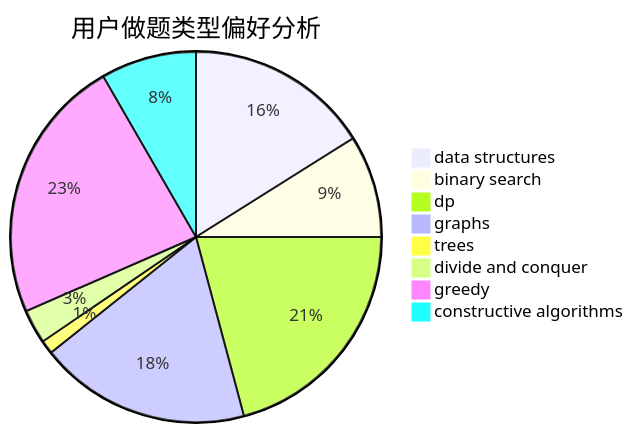
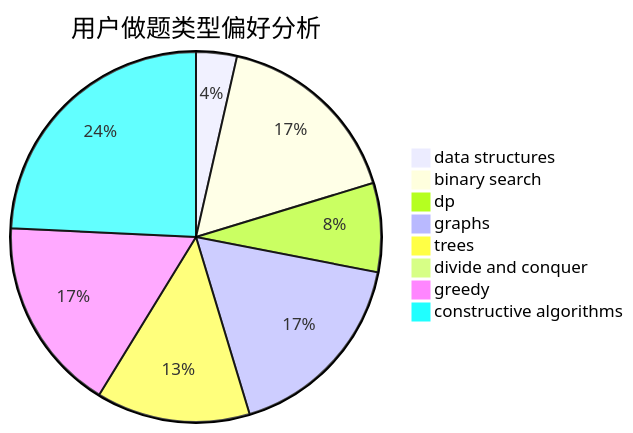
One commit to sherpahu/cfrs.github.io changed the second of 3 diagrams in docs/user/u645.md. Above: the diagram before and after it, drawn with Mermaid. The commit also changed other lines of this file and 2770 other files, not shown here.

````diff
--- a/docs/user/u645.md
+++ b/docs/user/u645.md
@@ -23,11 +23,11 @@
 ```mermaid
 pie title 用户做题类型偏好分析
     "data structures" :  27
-    "binary search" :  15
-    "dp" :  35
-    "graphs" :  31
-    "trees" :  2
-    "divide and conquer" :  5
-    "greedy" :  39
-    "constructive algorithms" :  14
+    "binary search" :  127
+    "dp" :  59
+    "graphs" :  131
+    "trees" :  102
+    "divide and conquer" :  0
+    "greedy" :  129
+    "constructive algorithms" :  184
 ```
````
